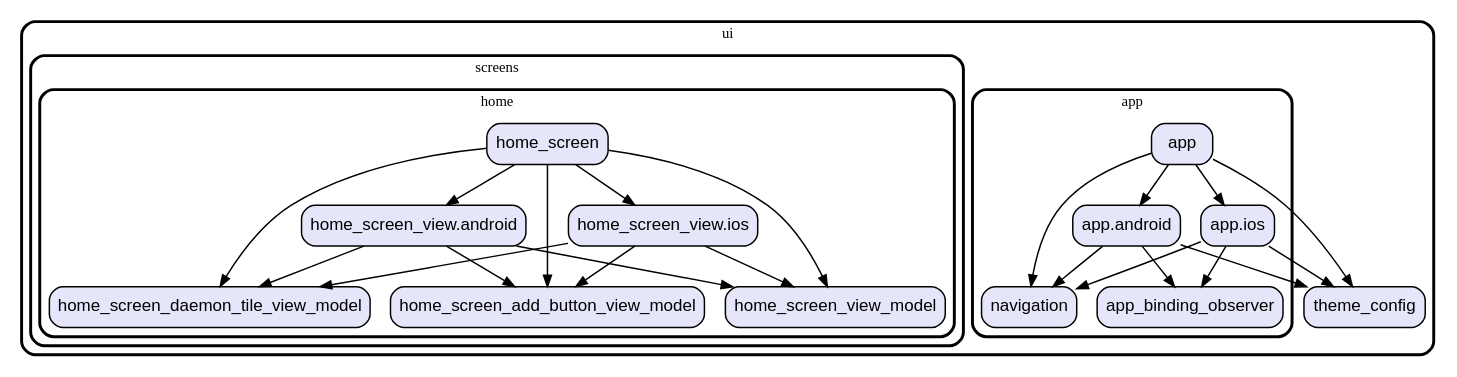
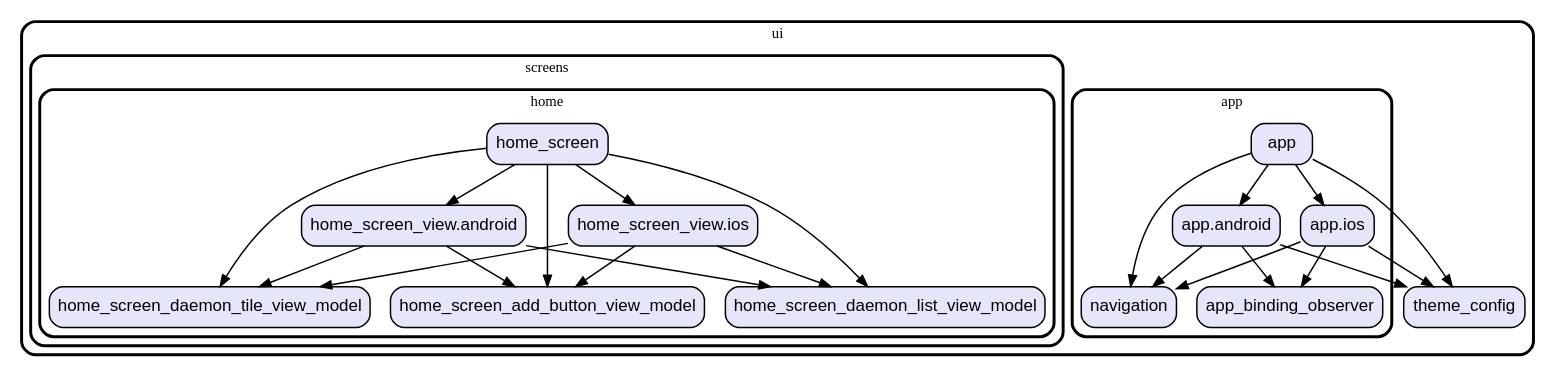
One commit to gev/reacthome-mobile changed the diagram in graph/lib/ui.dot. Above: the diagram before and after it, drawn with Graphviz. The commit also changed 13 other files, not shown here.

Commit message:
update the modules dependencies graph

```diff
--- a/graph/lib/ui.dot
+++ b/graph/lib/ui.dot
@@ -1,62 +1,62 @@
 digraph "" {
   graph [style=rounded fontname="Arial Black" fontsize=13 penwidth=2.6];
   node [shape=rect style="filled,rounded" fontname=Arial fontsize=15 fillcolor=Lavender penwidth=1.3];
   edge [penwidth=1.3];
   "/app/app.android.dart" [label="app.android"];
   "/app/app_binding_observer.dart" [label="app_binding_observer"];
   "/app/app.ios.dart" [label="app.ios"];
   "/app/navigation.dart" [label="navigation"];
   "/app/app.dart" [label="app"];
   "/screens/home/home_screen_add_button_view_model.dart" [label="home_screen_add_button_view_model"];
   "/screens/home/home_screen_view.android.dart" [label="home_screen_view.android"];
   "/screens/home/home_screen_view.ios.dart" [label="home_screen_view.ios"];
   "/screens/home/home_screen_daemon_tile_view_model.dart" [label="home_screen_daemon_tile_view_model"];
-  "/screens/home/home_screen_view_model.dart" [label="home_screen_view_model"];
+  "/screens/home/home_screen_daemon_list_view_model.dart" [label="home_screen_daemon_list_view_model"];
   "/screens/home/home_screen.dart" [label="home_screen"];
   "/theme_config.dart" [label="theme_config"];
   subgraph "cluster~" {
     label="ui";
     "/theme_config.dart";
     subgraph "cluster~/app" {
       label="app";
       "/app/app.android.dart";
       "/app/app_binding_observer.dart";
       "/app/app.ios.dart";
       "/app/navigation.dart";
       "/app/app.dart";
     }
     subgraph "cluster~/screens" {
       label="screens";
       subgraph "cluster~/screens/home" {
         label="home";
         "/screens/home/home_screen_add_button_view_model.dart";
         "/screens/home/home_screen_view.android.dart";
         "/screens/home/home_screen_view.ios.dart";
         "/screens/home/home_screen_daemon_tile_view_model.dart";
-        "/screens/home/home_screen_view_model.dart";
+        "/screens/home/home_screen_daemon_list_view_model.dart";
         "/screens/home/home_screen.dart";
       }
     }
   }
   "/app/app.android.dart" -> "/app/app_binding_observer.dart";
   "/app/app.android.dart" -> "/app/navigation.dart";
   "/app/app.android.dart" -> "/theme_config.dart";
   "/app/app.ios.dart" -> "/app/app_binding_observer.dart";
   "/app/app.ios.dart" -> "/app/navigation.dart";
   "/app/app.ios.dart" -> "/theme_config.dart";
   "/app/app.dart" -> "/app/app.android.dart";
   "/app/app.dart" -> "/app/app.ios.dart";
   "/app/app.dart" -> "/app/navigation.dart";
   "/app/app.dart" -> "/theme_config.dart";
   "/screens/home/home_screen_view.android.dart" -> "/screens/home/home_screen_add_button_view_model.dart";
   "/screens/home/home_screen_view.android.dart" -> "/screens/home/home_screen_daemon_tile_view_model.dart";
-  "/screens/home/home_screen_view.android.dart" -> "/screens/home/home_screen_view_model.dart";
+  "/screens/home/home_screen_view.android.dart" -> "/screens/home/home_screen_daemon_list_view_model.dart";
   "/screens/home/home_screen_view.ios.dart" -> "/screens/home/home_screen_add_button_view_model.dart";
   "/screens/home/home_screen_view.ios.dart" -> "/screens/home/home_screen_daemon_tile_view_model.dart";
-  "/screens/home/home_screen_view.ios.dart" -> "/screens/home/home_screen_view_model.dart";
+  "/screens/home/home_screen_view.ios.dart" -> "/screens/home/home_screen_daemon_list_view_model.dart";
   "/screens/home/home_screen.dart" -> "/screens/home/home_screen_add_button_view_model.dart";
+  "/screens/home/home_screen.dart" -> "/screens/home/home_screen_daemon_list_view_model.dart";
   "/screens/home/home_screen.dart" -> "/screens/home/home_screen_daemon_tile_view_model.dart";
   "/screens/home/home_screen.dart" -> "/screens/home/home_screen_view.android.dart";
   "/screens/home/home_screen.dart" -> "/screens/home/home_screen_view.ios.dart";
-  "/screens/home/home_screen.dart" -> "/screens/home/home_screen_view_model.dart";
 }
```
